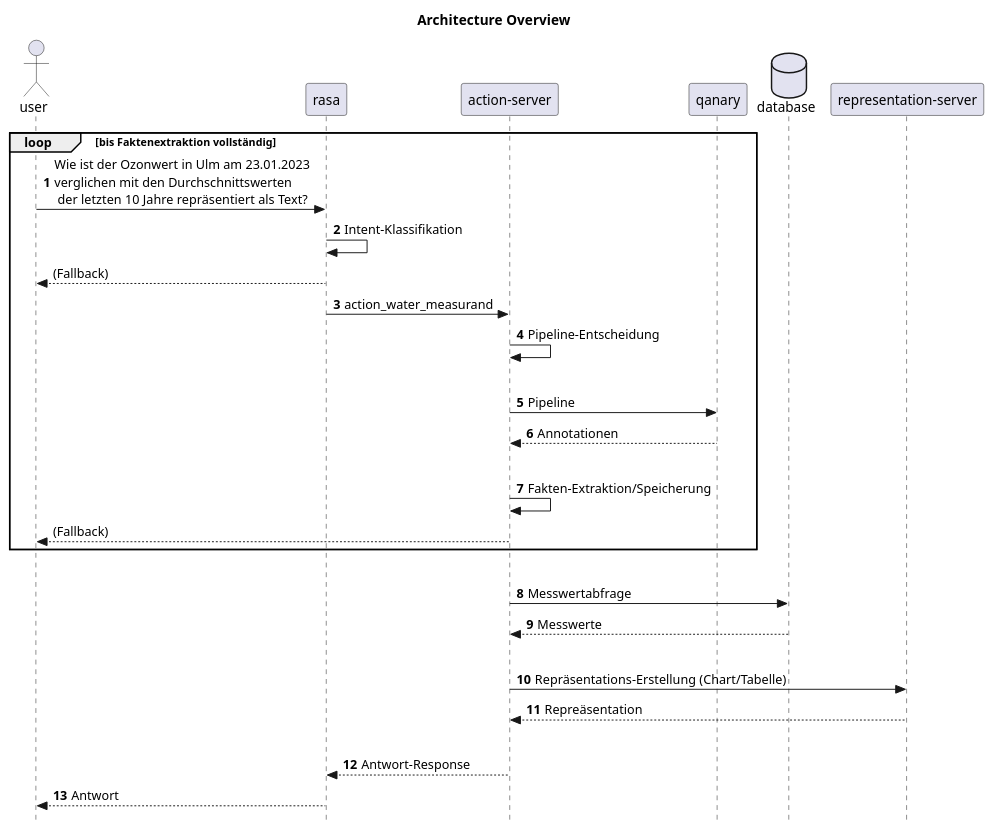
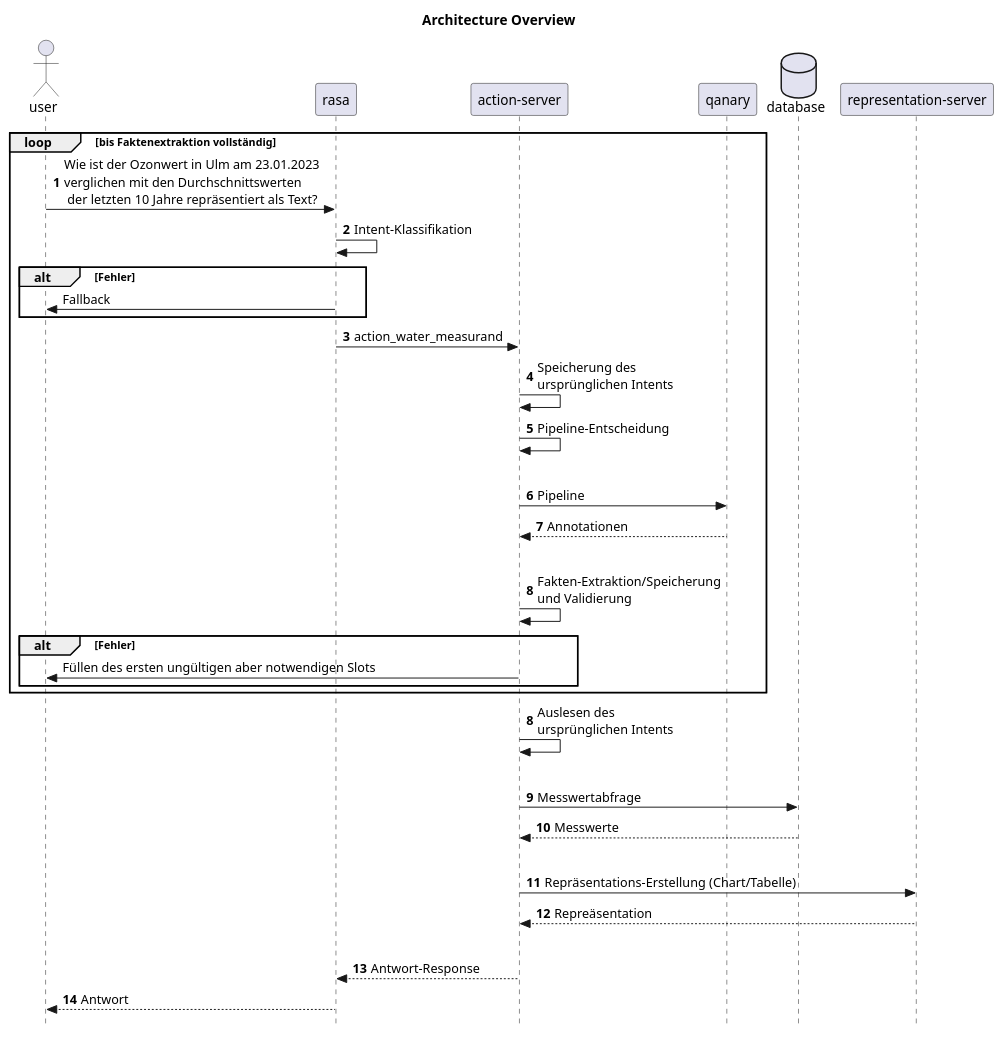
Before and after one commit to fredericbahr/quatsch-project-22: the diagram in docs/diagrams/Makro Architecture.puml, drawn with PlantUML.

Commit message:
docs: added fallback strategy

```diff
--- a/docs/diagrams/Makro Architecture.puml
+++ b/docs/diagrams/Makro Architecture.puml
@@ -1,51 +1,59 @@
 @startuml Architecture
 skinparam Style strictuml
 autonumber
 skinparam BoxPadding 15
 
 title Architecture Overview
 
 actor "user"
 
 loop bis Faktenextraktion vollständig
 
 "user" -> rasa: Wie ist der Ozonwert in Ulm am 23.01.2023\nverglichen mit den Durchschnittswerten\n der letzten 10 Jahre repräsentiert als Text?
 
 rasa -> rasa: Intent-Klassifikation
-autonumber stop
-"user" <-- rasa : (Fallback)
+
+alt Fehler
+    autonumber stop
+    "rasa" -> "user": Fallback
+end
 
 autonumber 3
 rasa -> "action-server": action_water_measurand
+"action-server" -> "action-server": Speicherung des\nursprünglichen Intents
 "action-server"-> "action-server": Pipeline-Entscheidung
 
 |||
 
 "action-server" -> qanary: Pipeline
 "action-server" <-- qanary: Annotationen
 
 |||
 
-"action-server" -> "action-server": Fakten-Extraktion/Speicherung
+"action-server" -> "action-server": Fakten-Extraktion/Speicherung\nund Validierung
 
-autonumber stop
-"user" <-- "action-server": (Fallback)
+alt Fehler
+    autonumber stop
+    "action-server" -> user: Füllen des ersten ungültigen aber notwendigen Slots
 end
+end
+
+autonumber 8
+"action-server" -> "action-server": Auslesen des\nursprünglichen Intents
 
 |||
 
 database "database"
-autonumber 8
 "action-server" -> "database": Messwertabfrage
 "action-server" <-- "database": Messwerte
 
 |||
 
 "action-server" -> "representation-server": Repräsentations-Erstellung (Chart/Tabelle)
 "action-server" <-- "representation-server": Repreäsentation
 
 |||
 
 rasa <-- "action-server": Antwort-Response
 user <-- rasa: Antwort
 @enduml
```
